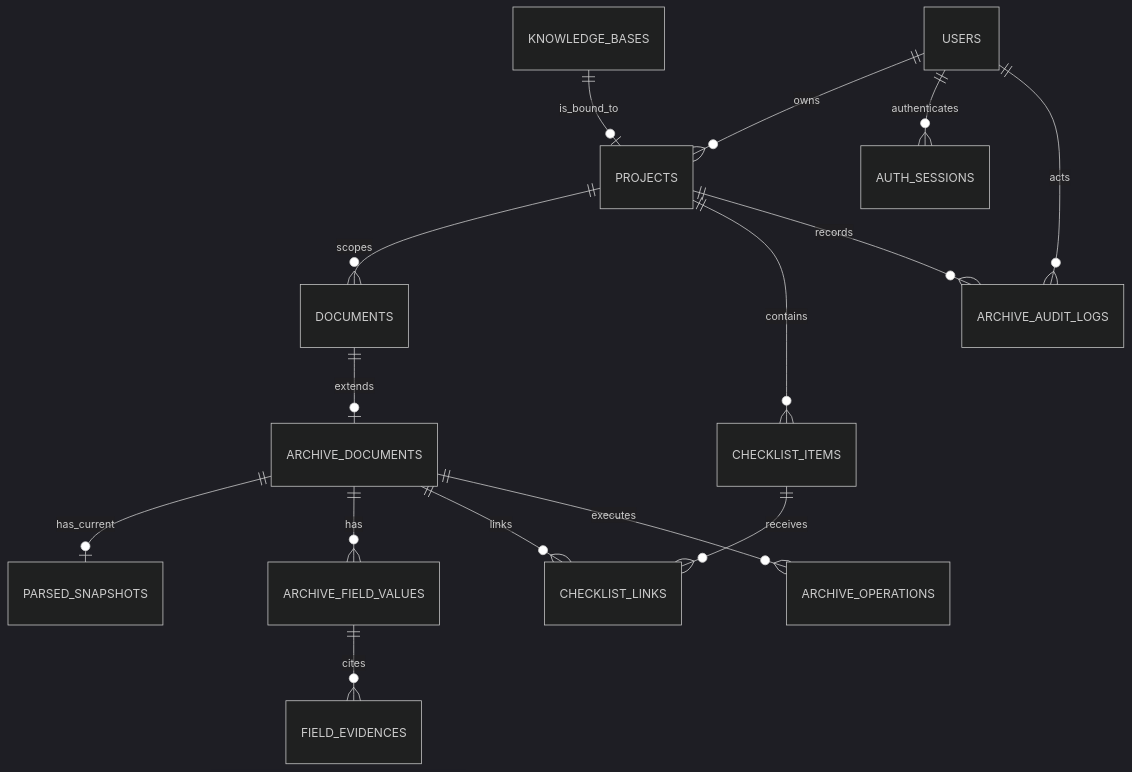
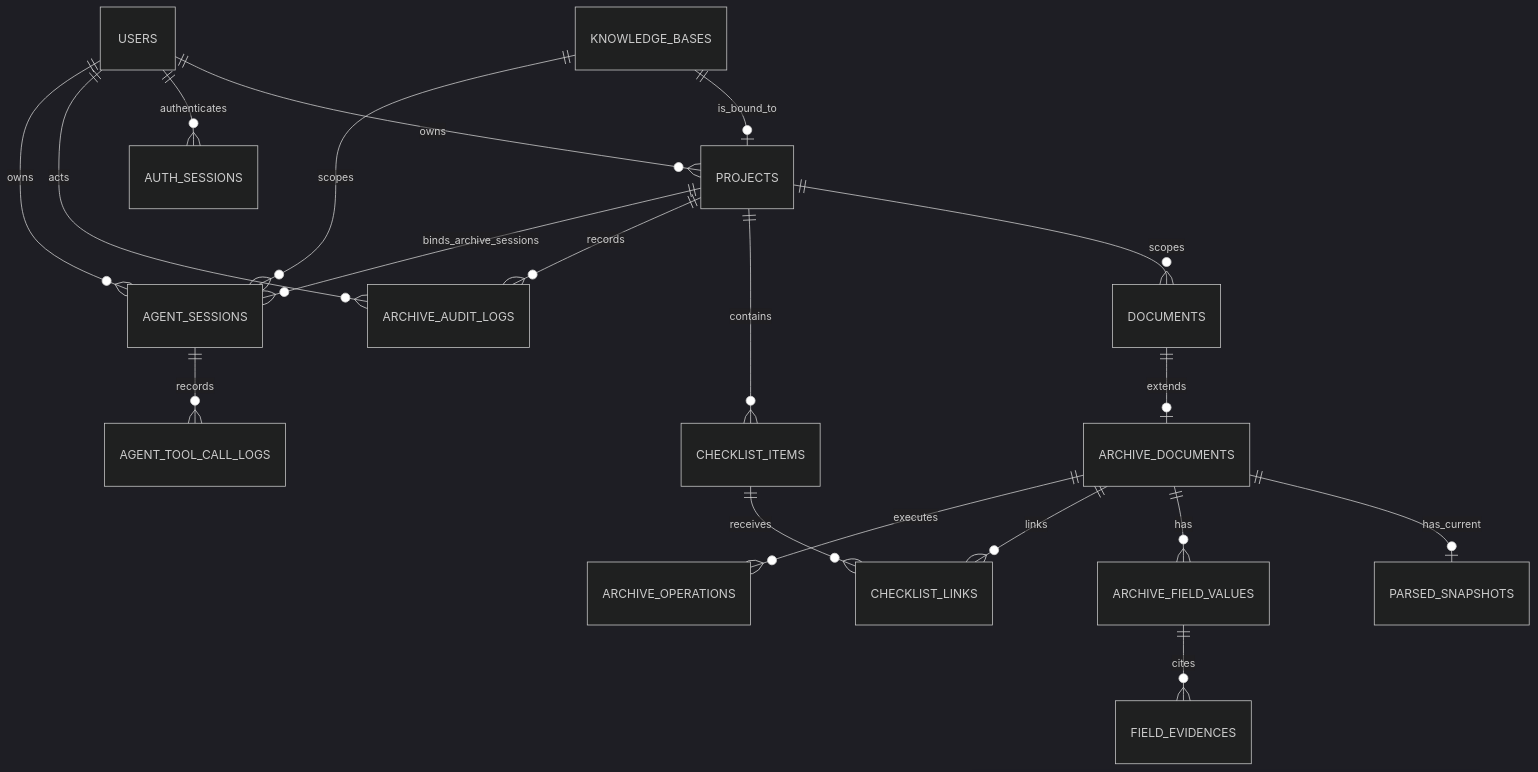
Before and after one commit to yabuki-jou/mini-rag: the diagram in docs/design/数据库设计.md, drawn with Mermaid (dark theme). The commit also changed other lines of this file and 20 other files, not shown here.

````diff
--- a/docs/design/数据库设计.md
+++ b/docs/design/数据库设计.md
@@ -71,17 +72,21 @@
 ```mermaid
 erDiagram
     USERS ||--o{ PROJECTS : owns
     USERS ||--o{ AUTH_SESSIONS : authenticates
     KNOWLEDGE_BASES ||--o| PROJECTS : is_bound_to
     PROJECTS ||--o{ DOCUMENTS : scopes
     DOCUMENTS ||--o| ARCHIVE_DOCUMENTS : extends
     ARCHIVE_DOCUMENTS ||--o| PARSED_SNAPSHOTS : has_current
     ARCHIVE_DOCUMENTS ||--o{ ARCHIVE_FIELD_VALUES : has
     ARCHIVE_FIELD_VALUES ||--o{ FIELD_EVIDENCES : cites
     PROJECTS ||--o{ CHECKLIST_ITEMS : contains
     ARCHIVE_DOCUMENTS ||--o{ CHECKLIST_LINKS : links
     CHECKLIST_ITEMS ||--o{ CHECKLIST_LINKS : receives
     ARCHIVE_DOCUMENTS ||--o{ ARCHIVE_OPERATIONS : executes
     PROJECTS ||--o{ ARCHIVE_AUDIT_LOGS : records
     USERS ||--o{ ARCHIVE_AUDIT_LOGS : acts
+    USERS ||--o{ AGENT_SESSIONS : owns
+    KNOWLEDGE_BASES ||--o{ AGENT_SESSIONS : scopes
+    PROJECTS ||--o{ AGENT_SESSIONS : binds_archive_sessions
+    AGENT_SESSIONS ||--o{ AGENT_TOOL_CALL_LOGS : records
 ```
````
